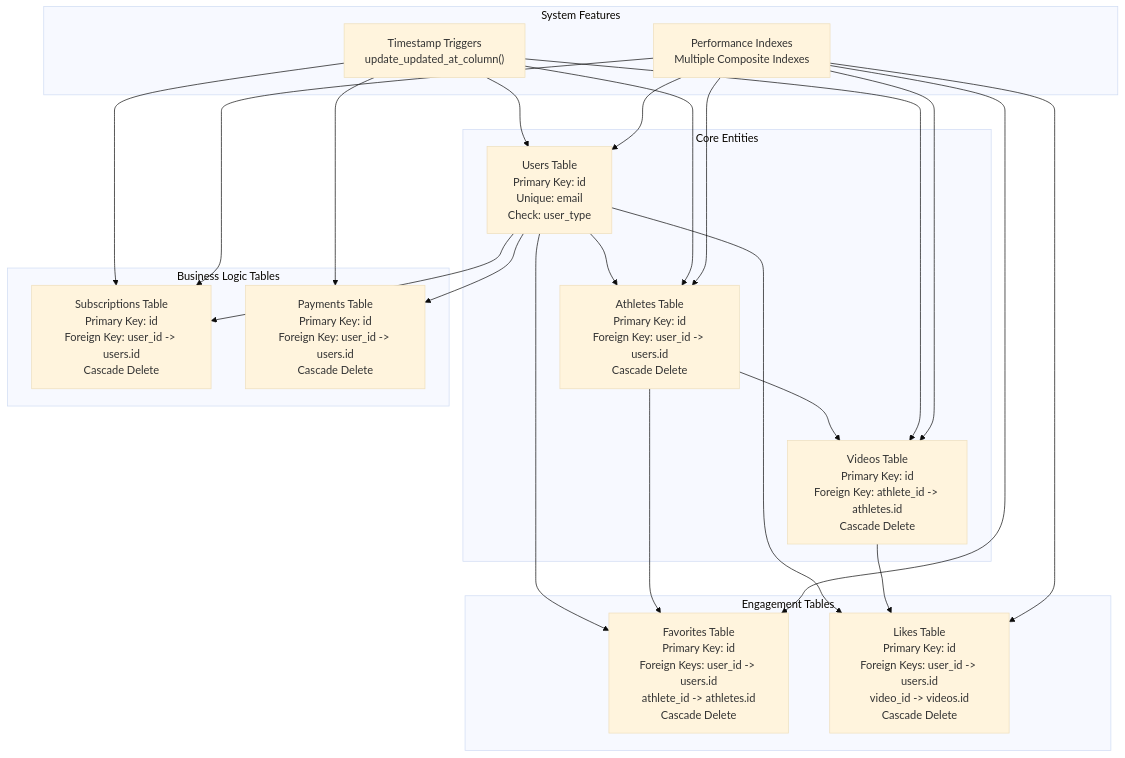
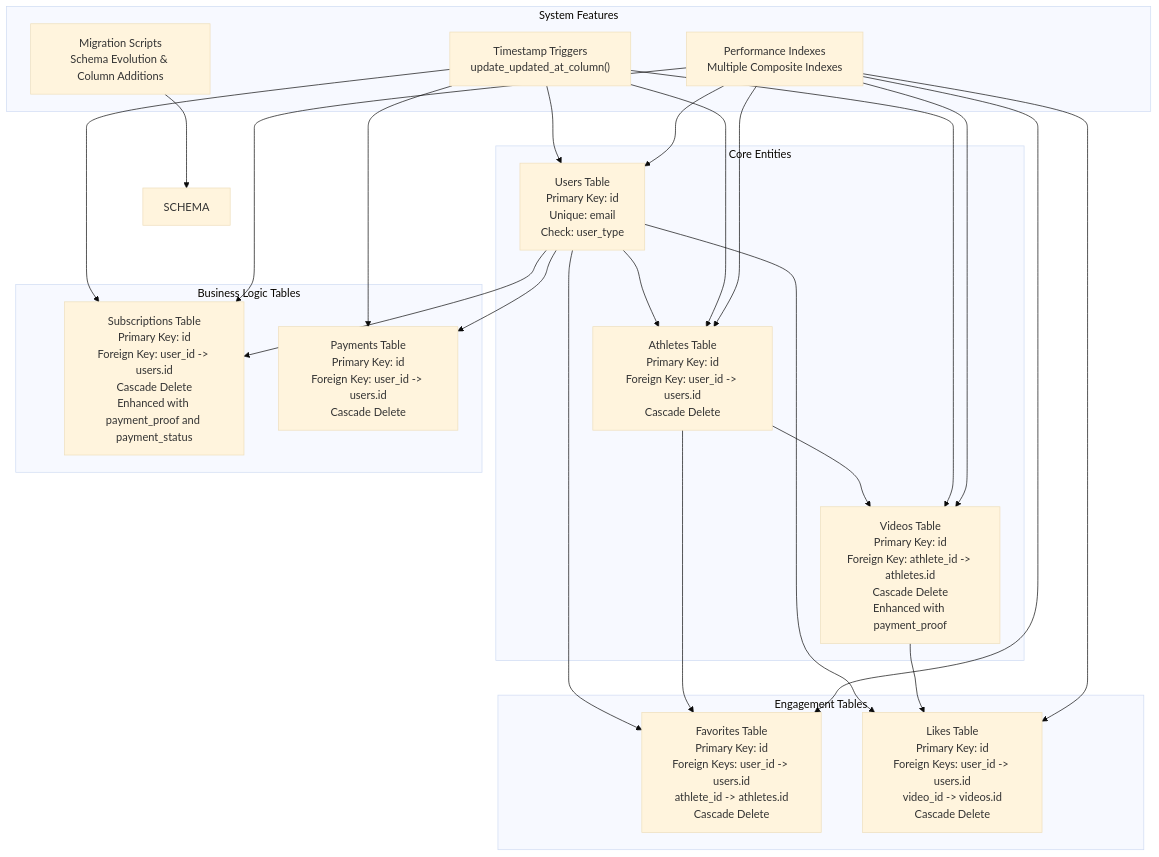
The third of 5 diagrams in .qoder/repowiki/en/content/Database Design/Database Schema Overview.md (Alexandrexicara/craque-vision), drawn with Mermaid (base theme) before and after one commit. The commit also changed other lines of this file and 10 other files, not shown here.

````diff
--- a/.qoder/repowiki/en/content/Database Design/Database Schema Overview.md
+++ b/.qoder/repowiki/en/content/Database Design/Database Schema Overview.md
@@ -165,39 +195,41 @@
 ```mermaid
 graph TB
 subgraph "Core Entities"
 USERS["Users Table<br/>Primary Key: id<br/>Unique: email<br/>Check: user_type"]
 ATHLETES["Athletes Table<br/>Primary Key: id<br/>Foreign Key: user_id -> users.id<br/>Cascade Delete"]
-VIDEOS["Videos Table<br/>Primary Key: id<br/>Foreign Key: athlete_id -> athletes.id<br/>Cascade Delete"]
+VIDEOS["Videos Table<br/>Primary Key: id<br/>Foreign Key: athlete_id -> athletes.id<br/>Cascade Delete<br/>Enhanced with payment_proof"]
 end
 subgraph "Business Logic Tables"
-SUBSCRIPTIONS["Subscriptions Table<br/>Primary Key: id<br/>Foreign Key: user_id -> users.id<br/>Cascade Delete"]
+SUBSCRIPTIONS["Subscriptions Table<br/>Primary Key: id<br/>Foreign Key: user_id -> users.id<br/>Cascade Delete<br/>Enhanced with payment_proof and payment_status"]
 PAYMENTS["Payments Table<br/>Primary Key: id<br/>Foreign Key: user_id -> users.id<br/>Cascade Delete"]
 end
 subgraph "Engagement Tables"
 FAVORITES["Favorites Table<br/>Primary Key: id<br/>Foreign Keys: user_id -> users.id<br/>athlete_id -> athletes.id<br/>Cascade Delete"]
 LIKES["Likes Table<br/>Primary Key: id<br/>Foreign Keys: user_id -> users.id<br/>video_id -> videos.id<br/>Cascade Delete"]
 end
 subgraph "System Features"
 TRIGGERS["Timestamp Triggers<br/>update_updated_at_column()"]
 INDEXES["Performance Indexes<br/>Multiple Composite Indexes"]
+MIGRATION["Migration Scripts<br/>Schema Evolution & Column Additions"]
 end
 USERS --> ATHLETES
 USERS --> SUBSCRIPTIONS
 USERS --> PAYMENTS
 USERS --> FAVORITES
 USERS --> LIKES
 ATHLETES --> VIDEOS
 ATHLETES --> FAVORITES
 VIDEOS --> LIKES
 TRIGGERS --> USERS
 TRIGGERS --> ATHLETES
 TRIGGERS --> VIDEOS
 TRIGGERS --> SUBSCRIPTIONS
 TRIGGERS --> PAYMENTS
 INDEXES --> USERS
 INDEXES --> ATHLETES
 INDEXES --> VIDEOS
 INDEXES --> SUBSCRIPTIONS
 INDEXES --> FAVORITES
 INDEXES --> LIKES
+MIGRATION --> SCHEMA
 ```
````
